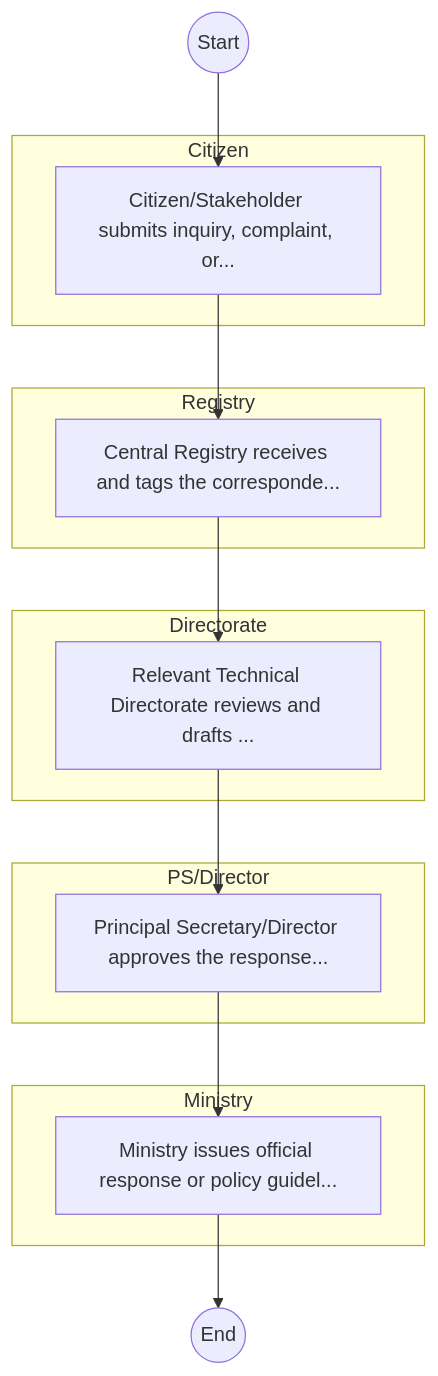
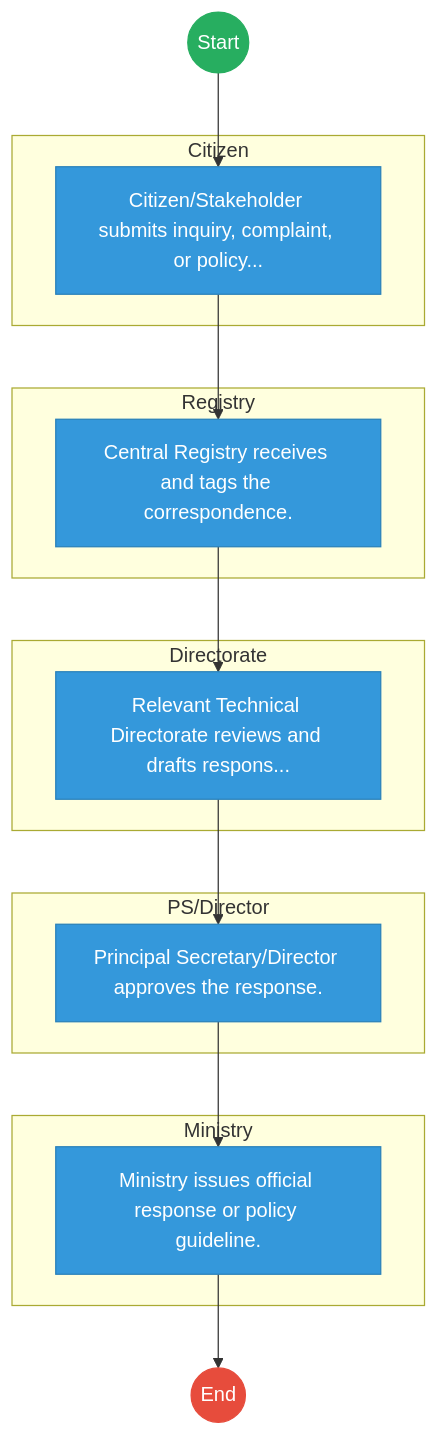
Before and after one commit to BITZ-IT-Consulting-LTD/ictapoc: the diagram in mdas/docs_final/CABINET_OFFICE___Service_Delivery.md, drawn with Mermaid. The commit also changed 461 other files, not shown here.

````diff
--- a/mdas/docs_final/CABINET_OFFICE___Service_Delivery.md
+++ b/mdas/docs_final/CABINET_OFFICE___Service_Delivery.md
@@ -20,24 +20,38 @@
 ```mermaid
 graph TD
     Start((Start)) --> S1
+
     subgraph Citizen [Citizen]
-        S1["Citizen/Stakeholder submits inquiry, complaint, or..."]
+        S1["Citizen/Stakeholder submits inquiry, complaint, or policy..."]
     end
+
     subgraph Registry [Registry]
-        S2["Central Registry receives and tags the corresponde..."]
+        S2["Central Registry receives and tags the correspondence."]
     end
+
     subgraph Directorate [Directorate]
-        S3["Relevant Technical Directorate reviews and drafts ..."]
+        S3["Relevant Technical Directorate reviews and drafts respons..."]
     end
-    subgraph PSDirector [PS/Director]
-        S4["Principal Secretary/Director approves the response..."]
+
+    subgraph PS_Director [PS/Director]
+        S4["Principal Secretary/Director approves the response."]
     end
+
     subgraph Ministry [Ministry]
-        S5["Ministry issues official response or policy guidel..."]
+        S5["Ministry issues official response or policy guideline."]
     end
     S1 --> S2
     S2 --> S3
     S3 --> S4
     S4 --> S5
     S5 --> End((End))
+
+    classDef start fill:#27ae60,stroke:#27ae60,color:#fff;
+    classDef endNode fill:#e74c3c,stroke:#e74c3c,color:#fff;
+    classDef userTask fill:#3498db,stroke:#2980b9,color:#fff;
+    classDef serviceTask fill:#9b59b6,stroke:#8e44ad,color:#fff;
+
+    class Start start;
+    class End endNode;
+    class S1,S2,S3,S4,S5 userTask;
 ```
````
